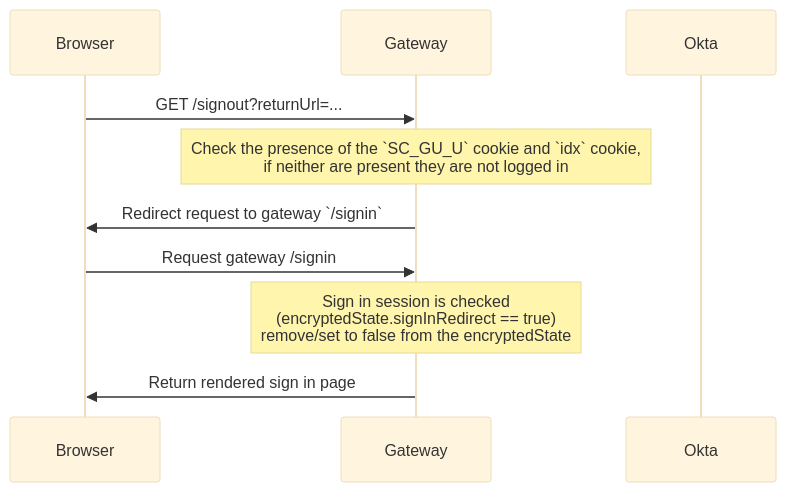
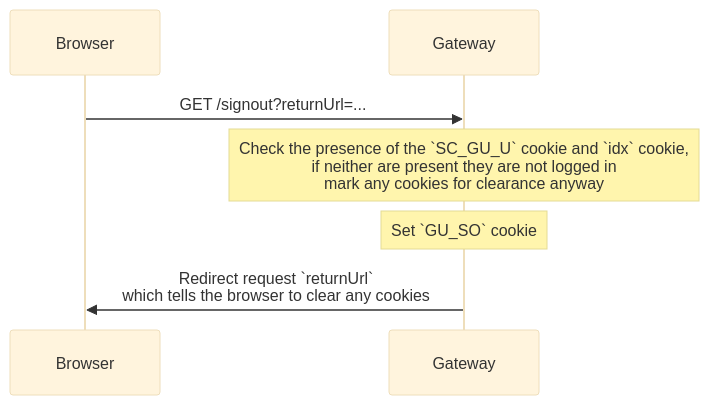
The second of 2 diagrams in docs/okta/signout.md (guardian/gateway), drawn with Mermaid (base theme) before and after one commit. The commit also changed other lines of this file, not shown here.

Commit message:
chore(docs): update sign out documentation

````diff
--- a/docs/okta/signout.md
+++ b/docs/okta/signout.md
@@ -47,12 +45,9 @@
 ```mermaid
 sequenceDiagram
   participant Browser
   participant Gateway
-  participant Okta
   Browser->>Gateway: GET /signout?returnUrl=...
-  note over Gateway: Check the presence of the `SC_GU_U` cookie and `idx` cookie, <br/>if neither are present they are not logged in
-  Gateway->>Browser: Redirect request to gateway `/signin`
-  Browser->>Gateway: Request gateway /signin
-  note over Gateway: Sign in session is checked<br/>(encryptedState.signInRedirect == true)<br>remove/set to false from the encryptedState
-  Gateway->>Browser: Return rendered sign in page
+  note over Gateway: Check the presence of the `SC_GU_U` cookie and `idx` cookie, <br/>if neither are present they are not logged in<br />mark any cookies for clearance anyway
+  note over Gateway: Set `GU_SO` cookie
+  Gateway->>Browser: Redirect request `returnUrl`<br/>which tells the browser to clear any cookies
 ```
````
